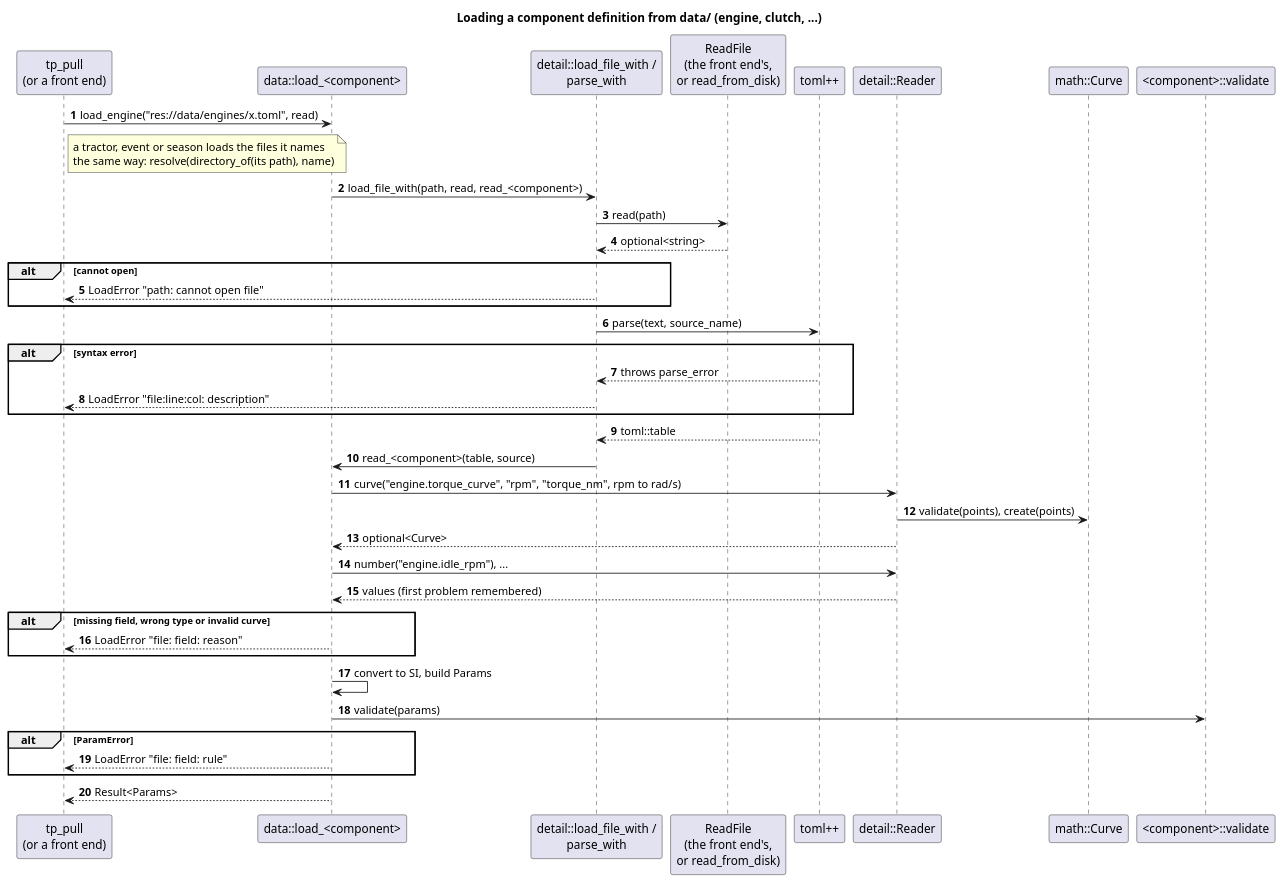
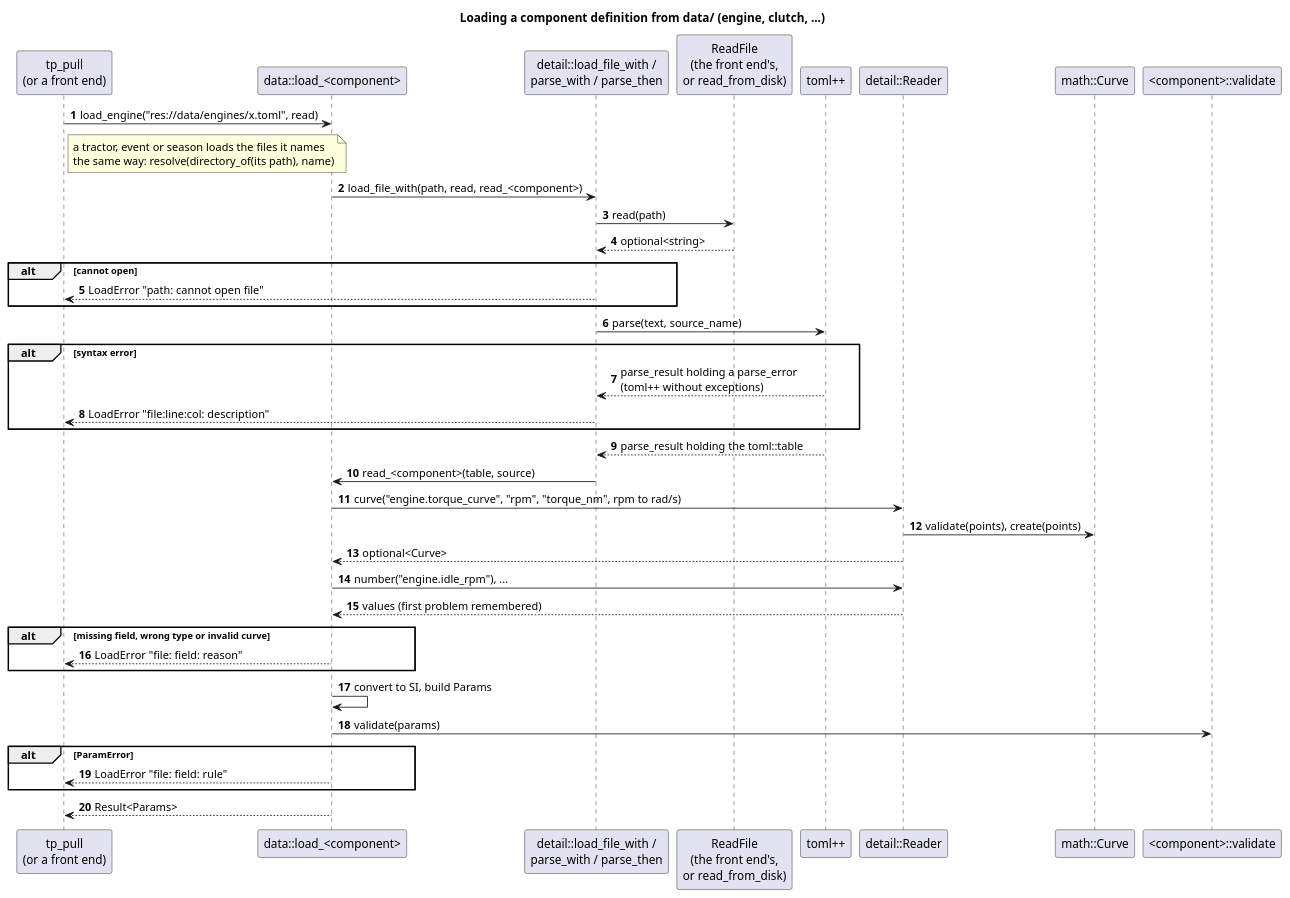
Before and after one commit to wversteeg/TractorPulling: the diagram in docs/diagrams/load_component_sequence.puml, drawn with PlantUML. The commit also changed 11 other files, not shown here.

First line of the commit message:
Parse TOML without exceptions, so a syntax error is a value everywhere

```diff
--- a/docs/diagrams/load_component_sequence.puml
+++ b/docs/diagrams/load_component_sequence.puml
@@ -1,42 +1,42 @@
 @startuml load_component_sequence
 title Loading a component definition from data/ (engine, clutch, ...)
 autonumber
 participant "tp_pull\n(or a front end)" as App
 participant "data::load_<component>" as Load
-participant "detail::load_file_with /\nparse_with" as Parse
+participant "detail::load_file_with /\nparse_with / parse_then" as Parse
 participant "ReadFile\n(the front end's,\nor read_from_disk)" as Read
 participant "toml++" as Toml
 participant "detail::Reader" as Reader
 participant "math::Curve" as Curve
 participant "<component>::validate" as Validate
 
 App -> Load : load_engine("res://data/engines/x.toml", read)
 note right of App : a tractor, event or season loads the files it names\nthe same way: resolve(directory_of(its path), name)
 Load -> Parse : load_file_with(path, read, read_<component>)
 Parse -> Read : read(path)
 Read --> Parse : optional<string>
 alt cannot open
   Parse --> App : LoadError "path: cannot open file"
 end
 Parse -> Toml : parse(text, source_name)
 alt syntax error
-  Toml --> Parse : throws parse_error
+  Toml --> Parse : parse_result holding a parse_error\n(toml++ without exceptions)
   Parse --> App : LoadError "file:line:col: description"
 end
-Toml --> Parse : toml::table
+Toml --> Parse : parse_result holding the toml::table
 Parse -> Load : read_<component>(table, source)
 Load -> Reader : curve("engine.torque_curve", "rpm", "torque_nm", rpm to rad/s)
 Reader -> Curve : validate(points), create(points)
 Reader --> Load : optional<Curve>
 Load -> Reader : number("engine.idle_rpm"), ...
 Reader --> Load : values (first problem remembered)
 alt missing field, wrong type or invalid curve
   Load --> App : LoadError "file: field: reason"
 end
 Load -> Load : convert to SI, build Params
 Load -> Validate : validate(params)
 alt ParamError
   Load --> App : LoadError "file: field: rule"
 end
 Load --> App : Result<Params>
 @enduml
```
